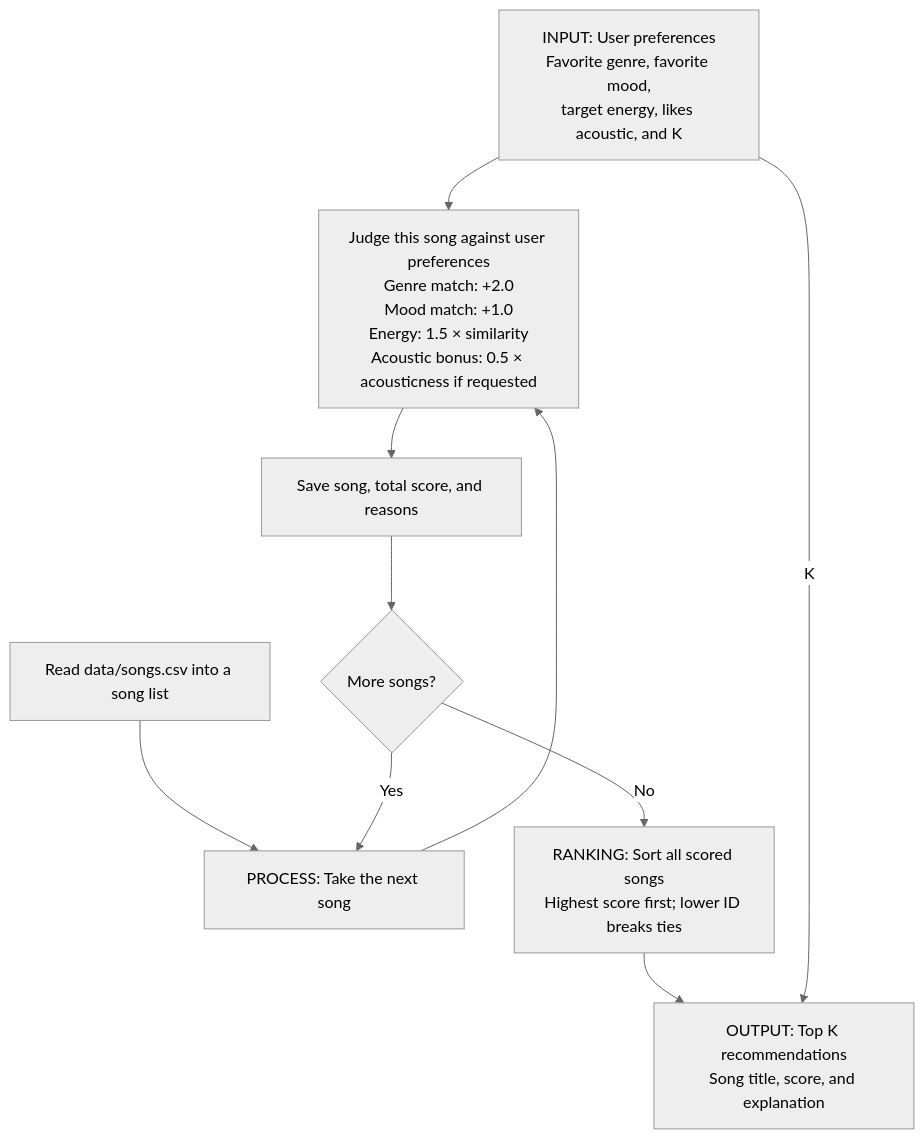
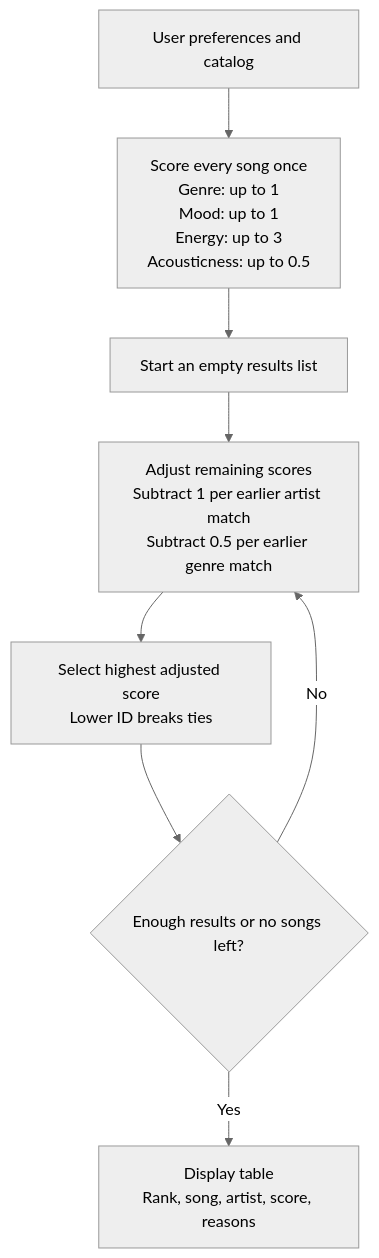
Before and after one commit to cvabwin/ai110-module3show-musicrecommendersimulation-starter: the diagram in README.md, drawn with Mermaid (neutral theme). The commit also changed other lines of this file and 7 other files, not shown here.

````diff
--- a/README.md
+++ b/README.md
@@ -158,20 +189,10 @@
 ```mermaid
 flowchart TD
-    A["INPUT: User preferences<br/>Favorite genre, favorite mood,<br/>target energy, likes acoustic, and K"]
-    B["Read data/songs.csv into a song list"]
-    C["PROCESS: Take the next song"]
-    D["Judge this song against user preferences<br/>Genre match: +2.0<br/>Mood match: +1.0<br/>Energy: 1.5 × similarity<br/>Acoustic bonus: 0.5 × acousticness if requested"]
-    E["Save song, total score, and reasons"]
-    F{"More songs?"}
-    G["RANKING: Sort all scored songs<br/>Highest score first; lower ID breaks ties"]
-    H["OUTPUT: Top K recommendations<br/>Song title, score, and explanation"]
-    A --> D
-    B --> C
-    C --> D
-    D --> E
-    E --> F
-    F -- Yes --> C
-    F -- No --> G
-    G --> H
-    A -- K --> H
+    A["User preferences and catalog"] --> B["Score every song once<br/>Genre: up to 1<br/>Mood: up to 1<br/>Energy: up to 3<br/>Acousticness: up to 0.5"]
+    B --> C["Start an empty results list"]
+    C --> D["Adjust remaining scores<br/>Subtract 1 per earlier artist match<br/>Subtract 0.5 per earlier genre match"]
+    D --> E["Select highest adjusted score<br/>Lower ID breaks ties"]
+    E --> F{"Enough results or no songs left?"}
+    F -- No --> D
+    F -- Yes --> G["Display table<br/>Rank, song, artist, score, reasons"]
 ```
````
